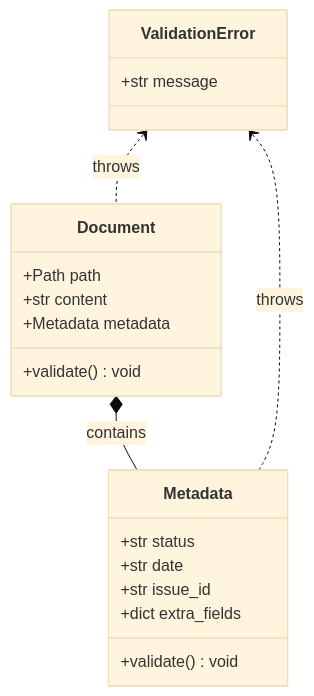
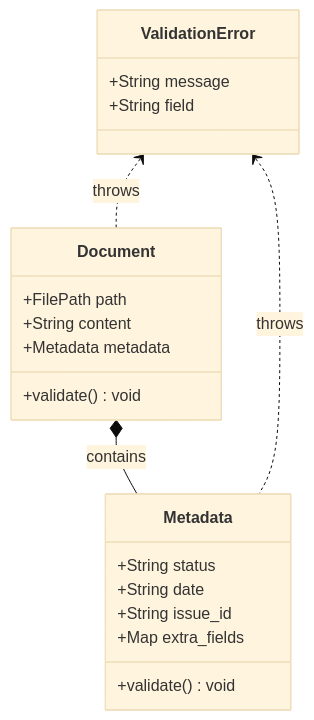
The diagram in docs/specs/data/document_model.md (masa-codehub/issue_creator_kit), drawn with Mermaid (base theme) before and after one commit. The commit also changed other lines of this file, not shown here.

Commit message:
docs(spec): address review comments for document model specification

````diff
--- a/docs/specs/data/document_model.md
+++ b/docs/specs/data/document_model.md
@@ -14,23 +14,24 @@
 ```mermaid
 classDiagram
     class Document {
-        +Path path
-        +str content
+        +FilePath path
+        +String content
         +Metadata metadata
         +validate() void
     }
     class Metadata {
-        +str status
-        +str date
-        +str issue_id
-        +dict extra_fields
+        +String status
+        +String date
+        +String issue_id
+        +Map extra_fields
         +validate() void
     }
     class ValidationError {
-        +str message
+        +String message
+        +String field
     }
 
     Document *-- Metadata : contains
     ValidationError <.. Document : throws
     ValidationError <.. Metadata : throws
 ```
````
